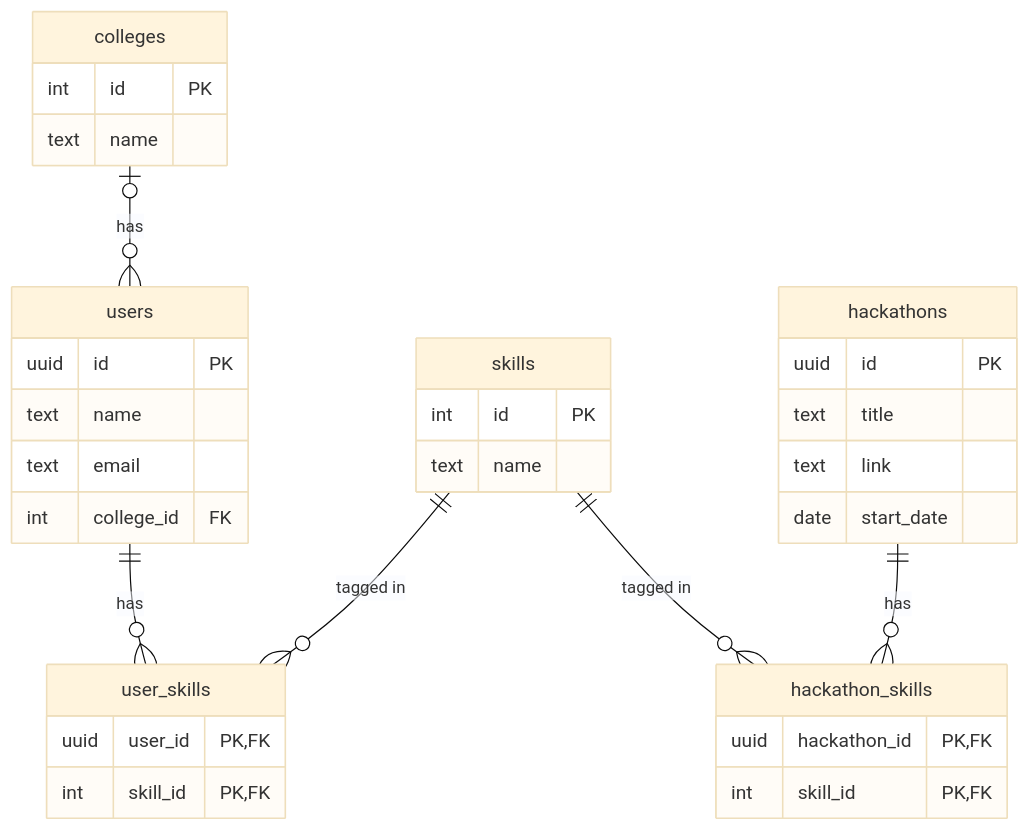
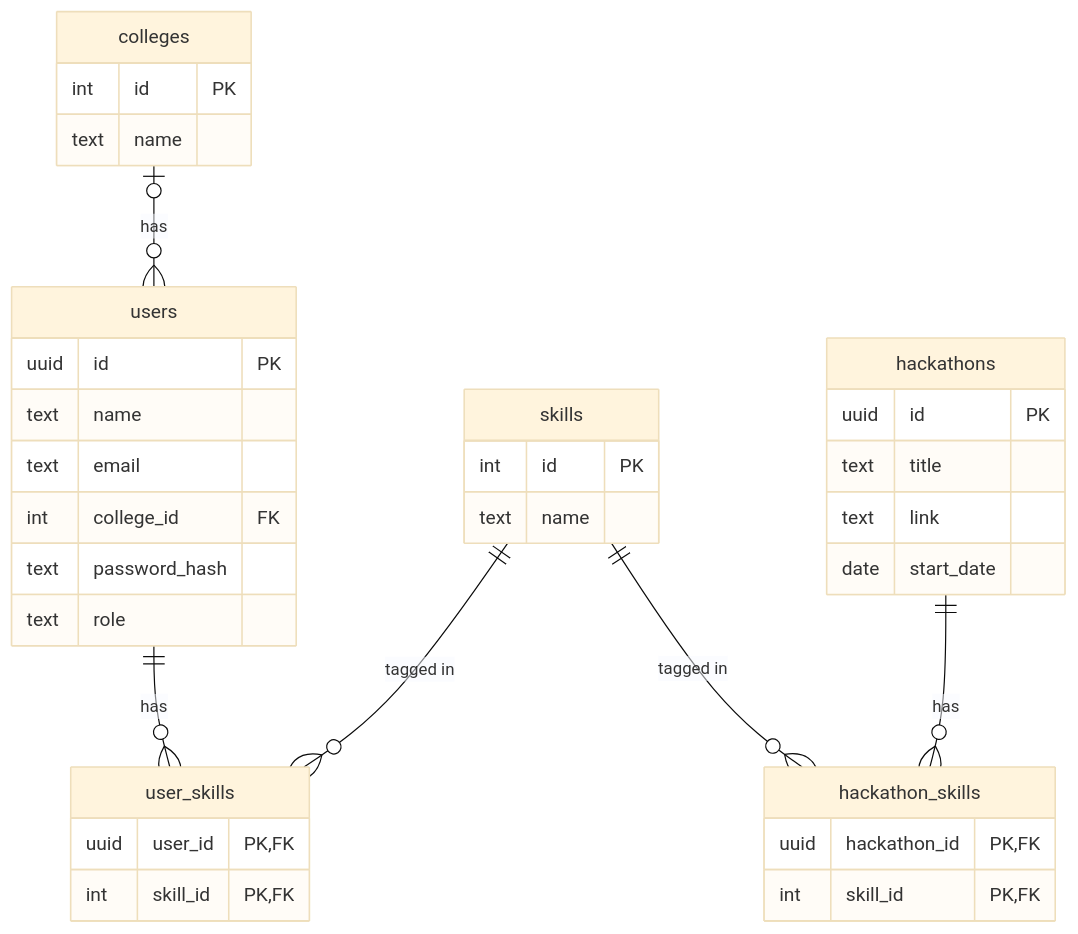
One commit to unnatiasthana/hackmatch_AP_2026 changed the diagram in dbms/02_er_diagram.md. Above: the diagram before and after it, drawn with Mermaid (base theme). The commit also changed other lines of this file and 25 other files, not shown here.

````diff
--- a/dbms/02_er_diagram.md
+++ b/dbms/02_er_diagram.md
@@ -67,37 +69,39 @@
 ```mermaid
 erDiagram
     colleges {
         int id PK
         text name
     }
     users {
         uuid id PK
         text name
         text email
         int college_id FK
+        text password_hash
+        text role
     }
     skills {
         int id PK
         text name
     }
     hackathons {
         uuid id PK
         text title
         text link
         date start_date
     }
     user_skills {
         uuid user_id PK, FK
         int skill_id PK, FK
     }
     hackathon_skills {
         uuid hackathon_id PK, FK
         int skill_id PK, FK
     }
 
     colleges |o--o{ users : "has"
     users ||--o{ user_skills : "has"
     skills ||--o{ user_skills : "tagged in"
     skills ||--o{ hackathon_skills : "tagged in"
     hackathons ||--o{ hackathon_skills : "has"
 ```
````
